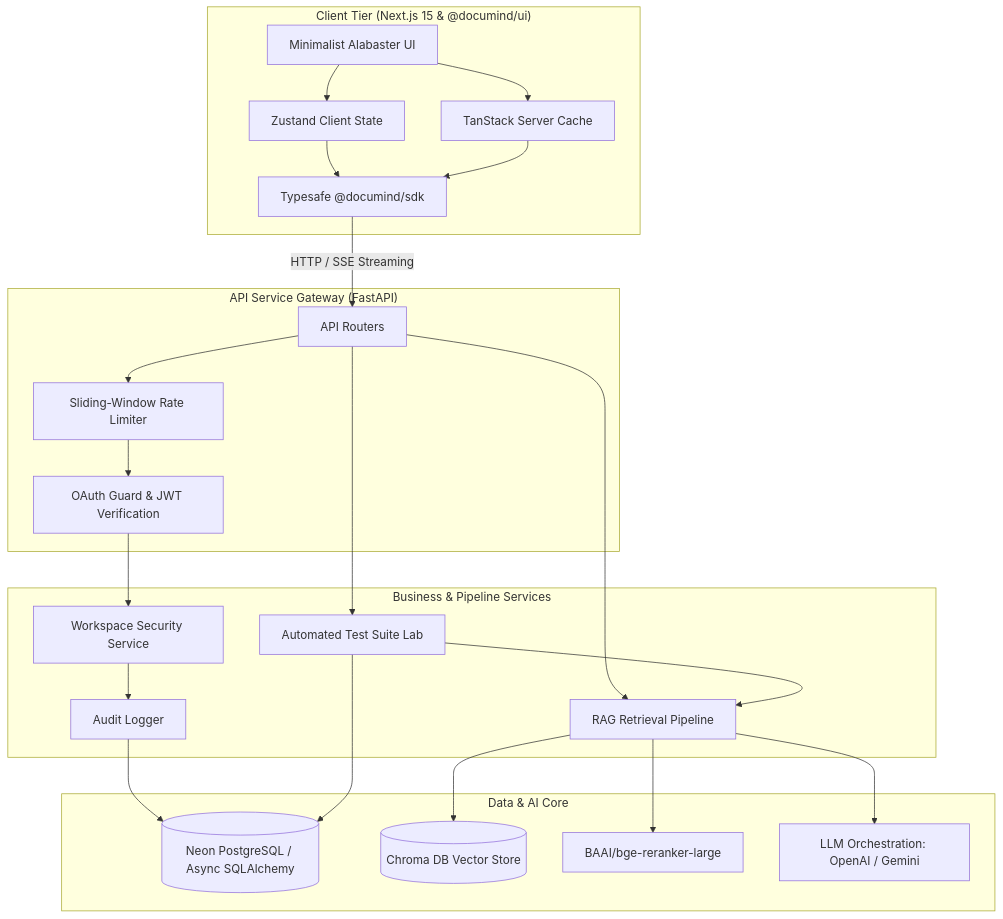
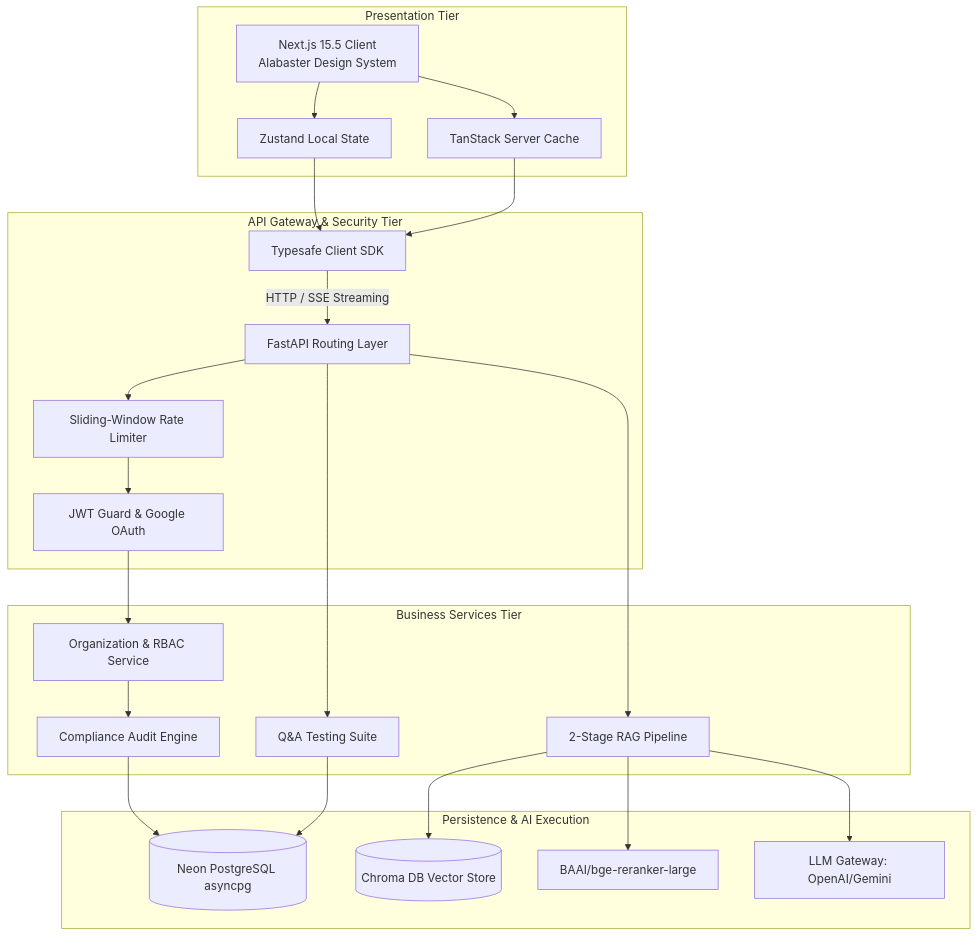
One commit to shiteshkhaw/DocuMindAI changed the first of 2 diagrams in README.md. Above: the diagram before and after it, drawn with Mermaid. The commit also changed other lines of this file, not shown here.

````diff
--- a/README.md
+++ b/README.md
@@ -11,51 +61,46 @@
 ```mermaid
-graph TD
-    %% Client Tier
-    subgraph Client ["Client Tier (Next.js 15 & @documind/ui)"]
-        UI[Minimalist Alabaster UI]
-        State[Zustand Client State]
+graph TB
+    subgraph "Presentation Tier"
+        UI[Next.js 15.5 Client<br/>Alabaster Design System]
+        State[Zustand Local State]
         Query[TanStack Server Cache]
-        SDK[Typesafe @documind/sdk]
     end
 
-    %% API Gateway & Security Tier
-    subgraph Gateway ["API Service Gateway (FastAPI)"]
-        Router[API Routers]
+    subgraph "API Gateway & Security Tier"
+        SDK[Typesafe Client SDK]
+        Router[FastAPI Routing Layer]
         Limiter[Sliding-Window Rate Limiter]
-        Auth[OAuth Guard & JWT Verification]
+        Auth[JWT Guard & Google OAuth]
     end
 
-    %% Business Logic Tier
-    subgraph Logic ["Business & Pipeline Services"]
-        WS_Sec[Workspace Security Service]
-        Audit[Audit Logger]
-        RAG[RAG Retrieval Pipeline]
-        TestLab[Automated Test Suite Lab]
+    subgraph "Business Services Tier"
+        OrgService[Organization & RBAC Service]
+        AuditLogger[Compliance Audit Engine]
+        RAG[2-Stage RAG Pipeline]
+        Lab[Q&A Testing Suite]
     end
 
-    %% Storage & AI Engine Tier
-    subgraph Data ["Data & AI Core"]
-        DB[(Neon PostgreSQL / Async SQLAlchemy)]
+    subgraph "Persistence & AI Execution"
+        DB[(Neon PostgreSQL asyncpg)]
         Chroma[(Chroma DB Vector Store)]
-        Rerank[BAAI/bge-reranker-large]
-        LLM[LLM Orchestration: OpenAI / Gemini]
+        CE[BAAI/bge-reranker-large]
+        LLM[LLM Gateway: OpenAI/Gemini]
     end
 
-    %% Interactions
+    %% Flow connections
     UI --> State
     UI --> Query
     State & Query --> SDK
-    SDK -- HTTP / SSE Streaming --> Router
+    SDK -- "HTTP / SSE Streaming" --> Router
     Router --> Limiter
     Limiter --> Auth
-    Auth --> WS_Sec
-    WS_Sec --> Audit
-    Audit --> DB
+    Auth --> OrgService
+    OrgService --> AuditLogger
+    AuditLogger --> DB
     Router --> RAG
     RAG --> Chroma
-    RAG --> Rerank
+    RAG --> CE
     RAG --> LLM
-    Router --> TestLab
-    TestLab --> RAG
-    TestLab --> DB
+    Router --> Lab
+    Lab --> DB
 ```
````
